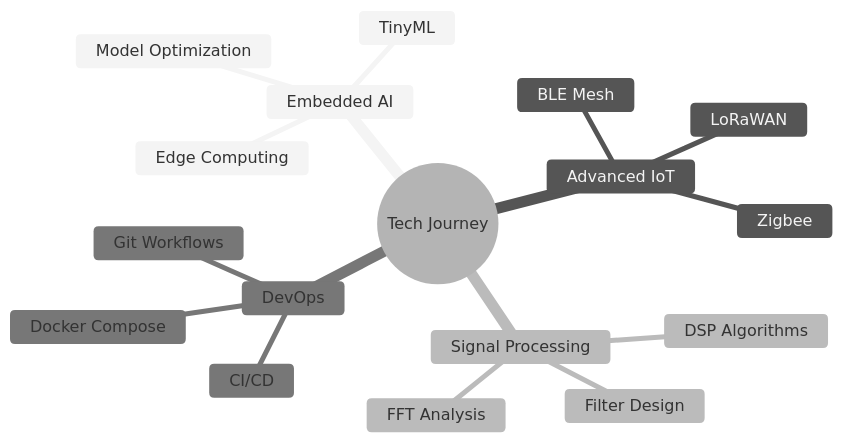
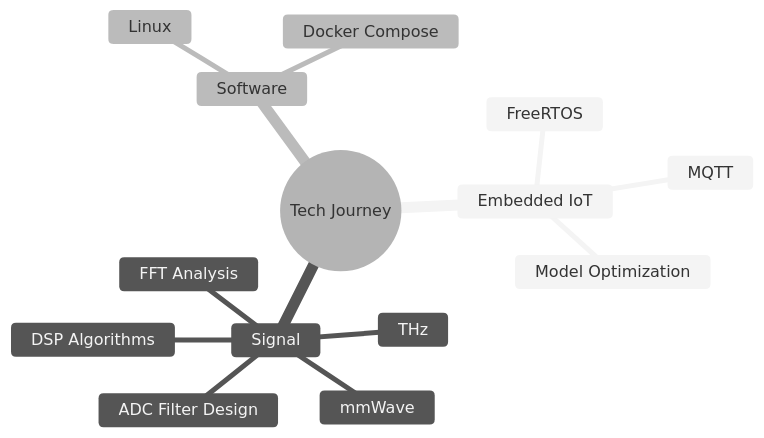
One commit to bathanh0309/bathanh0309 changed the diagram in README.md. Above: the diagram before and after it, drawn with Mermaid (neutral theme). The commit also changed other lines of this file, not shown here.

````diff
--- a/README.md
+++ b/README.md
@@ -31,20 +29,17 @@
 ```mermaid
 mindmap
   root((Tech Journey))
-    Embedded AI
-      Edge Computing
-      TinyML
+    Embedded IoT
+      MQTT
+      FreeRTOS
       Model Optimization
-    Advanced IoT
-      LoRaWAN
-      Zigbee
-      BLE Mesh
-    Signal Processing
+    Signal
+      mmWave
+      THz
+      ADC Filter Design
       DSP Algorithms
       FFT Analysis
-      Filter Design
-    DevOps
-      CI/CD
+    Software
+      Linux
       Docker Compose
-      Git Workflows
 ```
````
